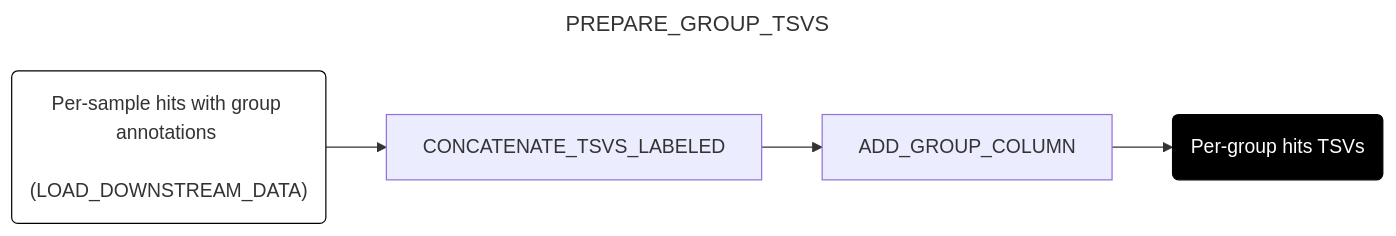
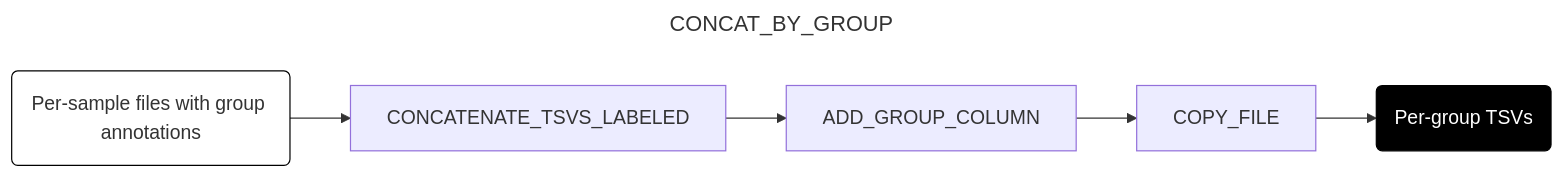
One commit to securebio/nao-mgs-workflow changed the third of 10 diagrams in docs/downstream.md. Above: the diagram before and after it, drawn with Mermaid. The commit also changed other lines of this file and 24 other files, not shown here.

First line of the commit message:
Add group-level read counts to DOWNSTREAM output (#659)

````diff
--- a/docs/downstream.md
+++ b/docs/downstream.md
@@ -92,13 +108,14 @@
 ```mermaid
 ---
-title: PREPARE_GROUP_TSVS
+title: CONCAT_BY_GROUP
 config:
   layout: horizontal
 ---
 flowchart LR
-A("Per-sample hits with group annotations <br> (LOAD_DOWNSTREAM_DATA)") --> B[CONCATENATE_TSVS_LABELED]
+A("Per-sample files with group annotations") --> B[CONCATENATE_TSVS_LABELED]
 B --> C[ADD_GROUP_COLUMN]
-C --> D(Per-group hits TSVs)
+C --> D[COPY_FILE]
+D --> E("Per-group TSVs")
 style A fill:#fff,stroke:#000
-style D fill:#000,color:#fff,stroke:#000
+style E fill:#000,color:#fff,stroke:#000
 ```
````
